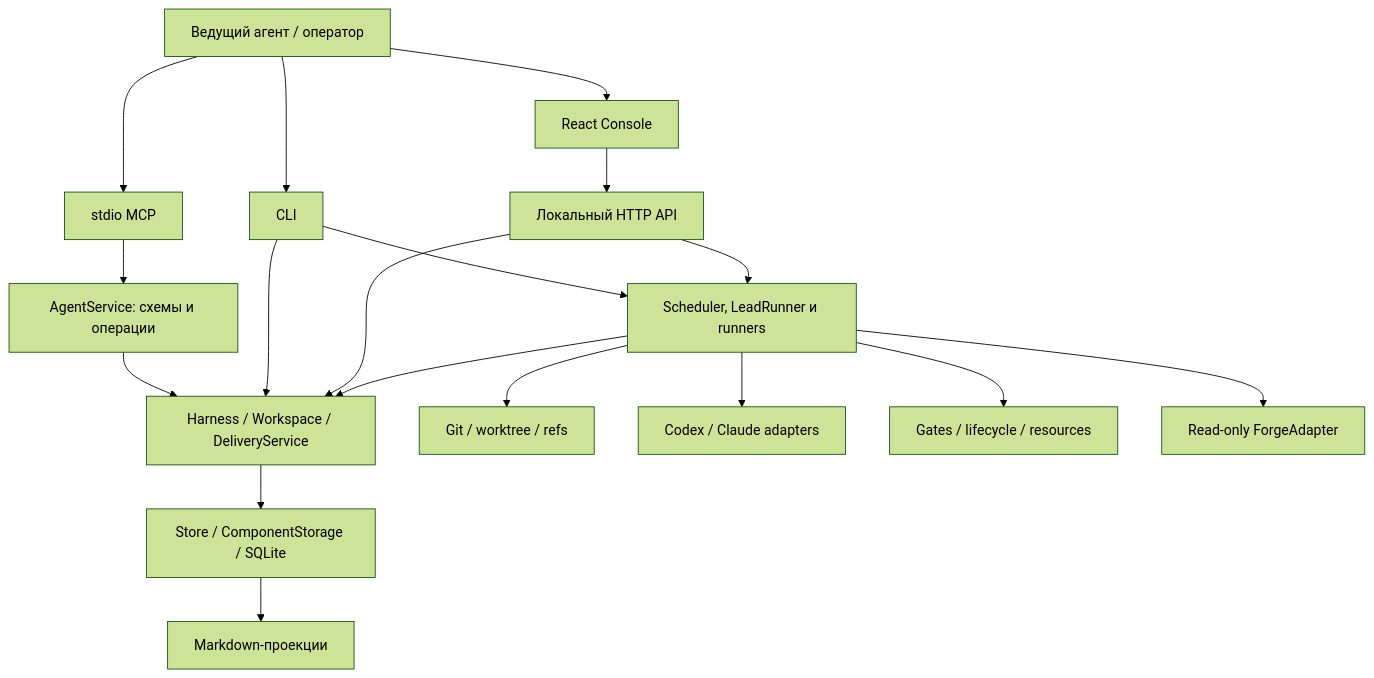
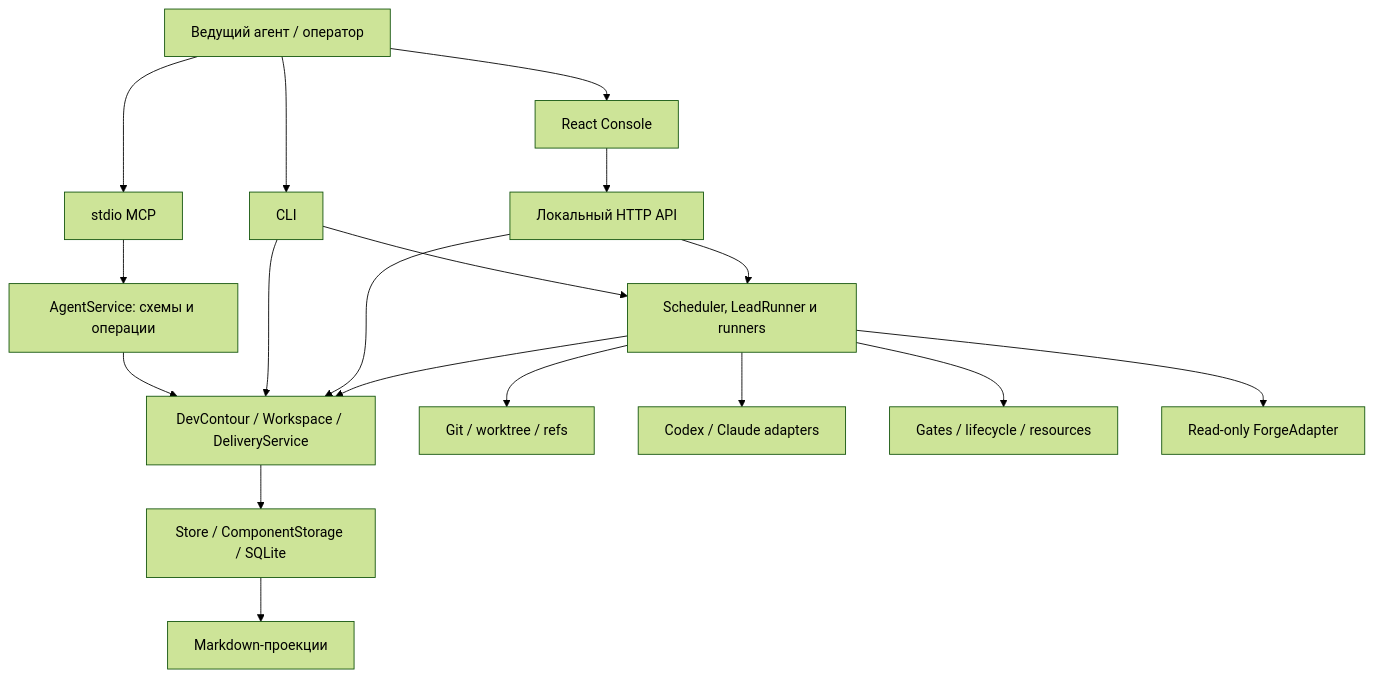
The first of 2 diagrams in docs/architecture.md (step1ov/devcontour), drawn with Mermaid (forest theme) before and after one commit. The commit also changed other lines of this file and 99 other files, not shown here.

````diff
--- a/docs/architecture.md
+++ b/docs/architecture.md
@@ -7,20 +7,20 @@
 ```mermaid
 flowchart TD
   Lead[Ведущий агент / оператор] --> CLI[CLI]
   Lead --> MCP[stdio MCP]
   MCP --> AgentAPI[AgentService: схемы и операции]
   AgentAPI --> Core
   Lead --> UI[React Console]
   UI --> HTTP[Локальный HTTP API]
-  CLI --> Core[Harness / Workspace / DeliveryService]
+  CLI --> Core[DevContour / Workspace / DeliveryService]
   HTTP --> Core
   Core --> Store[Store / ComponentStorage / SQLite]
   CLI --> Runner[Scheduler, LeadRunner и runners]
   HTTP --> Runner
   Runner --> Core
   Runner --> Git[Git / worktree / refs]
   Runner --> Runtime[Codex / Claude adapters]
   Runner --> Checks[Gates / lifecycle / resources]
   Runner --> Forge[Read-only ForgeAdapter]
   Store --> Journal[Markdown-проекции]
 ```
````
